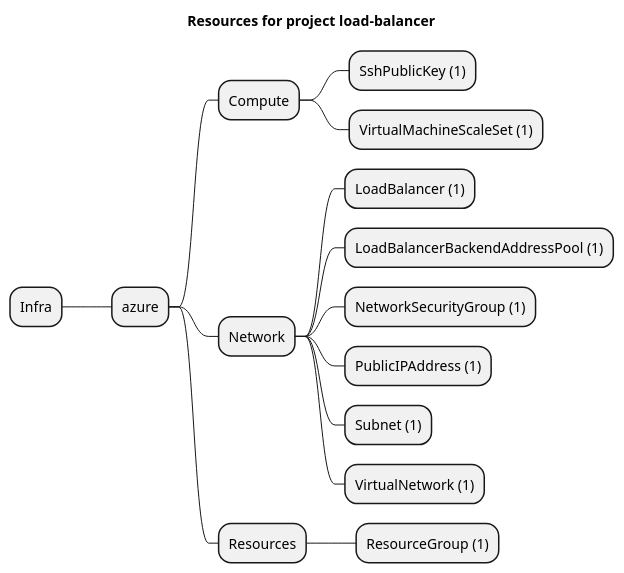
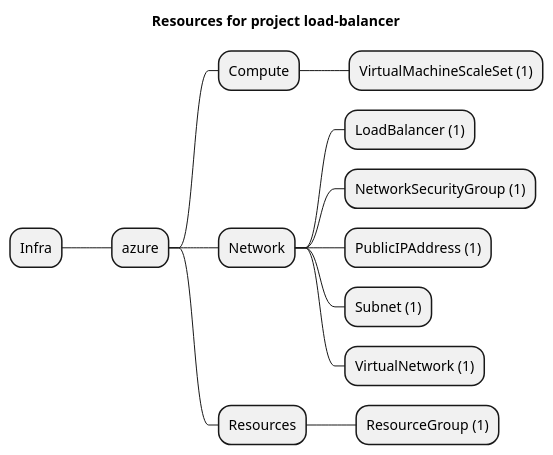
The diagram in examples/azure/Network/load-balancer/artifacts/resources-mindmap.puml (grucloud/grucloud), drawn with PlantUML before and after one commit. The commit also changed 341 other files, not shown here.

```diff
--- a/examples/azure/Network/load-balancer/artifacts/resources-mindmap.puml
+++ b/examples/azure/Network/load-balancer/artifacts/resources-mindmap.puml
@@ -1,18 +1,16 @@
 @startmindmap
 title Resources for project load-balancer
 skinparam monochrome true
 + Infra
 ++ azure
 +++ Compute
-++++ SshPublicKey (1)
 ++++ VirtualMachineScaleSet (1)
 +++ Network
 ++++ LoadBalancer (1)
-++++ LoadBalancerBackendAddressPool (1)
 ++++ NetworkSecurityGroup (1)
 ++++ PublicIPAddress (1)
 ++++ Subnet (1)
 ++++ VirtualNetwork (1)
 +++ Resources
 ++++ ResourceGroup (1)
 @endmindmap
```
